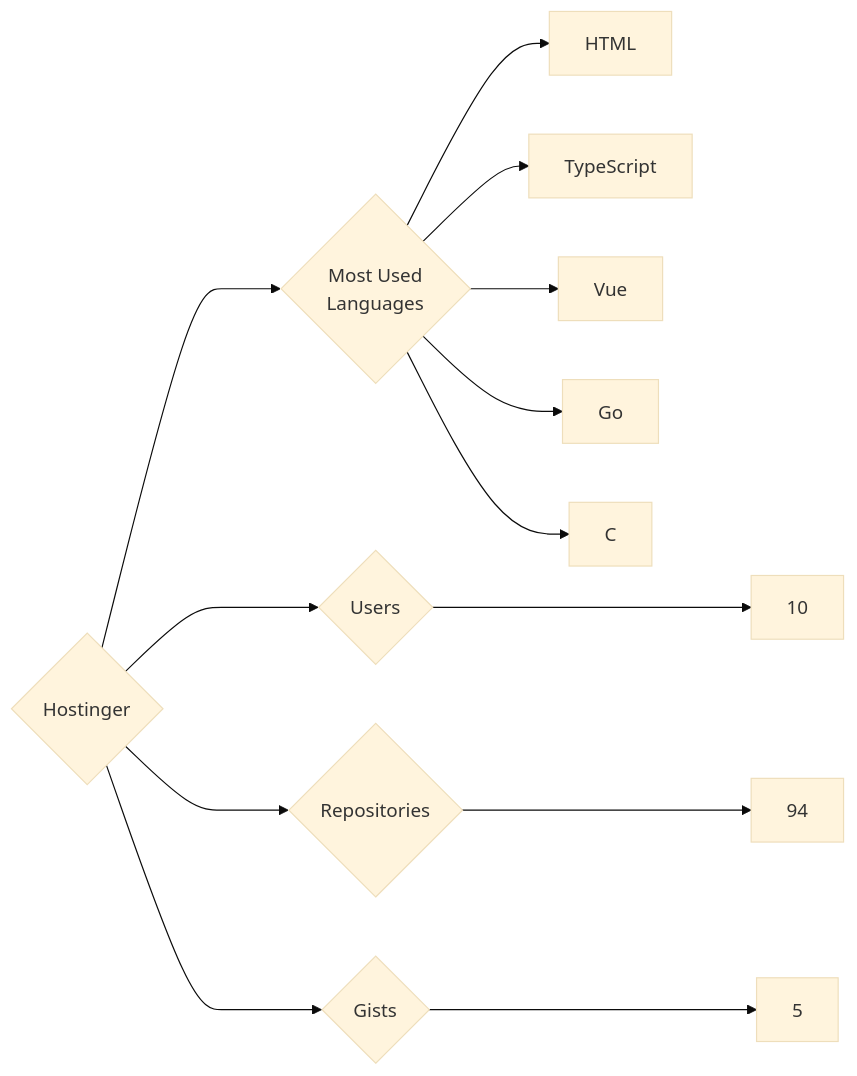
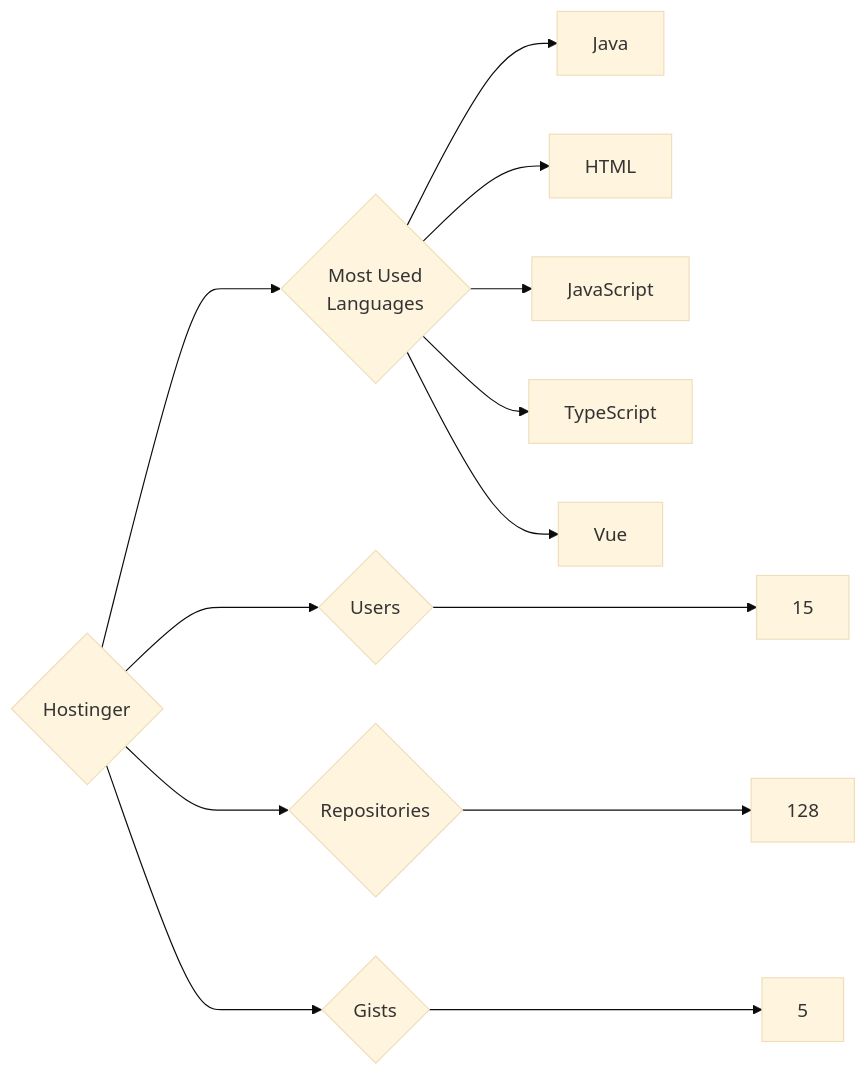
One commit to trickest/insiders changed the diagram in targets/Hostinger/README.md. Above: the diagram before and after it, drawn with Mermaid (base theme). The commit also changed 1238 other files, not shown here.

````diff
--- a/targets/Hostinger/README.md
+++ b/targets/Hostinger/README.md
@@ -3,13 +3,13 @@
 ```mermaid
 graph LR
 COMPANY_NAME{Hostinger}
-COMPANY_NAME ---> U{Users} ---> UN[10]
-COMPANY_NAME ---> R{Repositories} ---> RN[94]
+COMPANY_NAME ---> U{Users} ---> UN[15]
+COMPANY_NAME ---> R{Repositories} ---> RN[128]
 COMPANY_NAME ---> G{Gists} ---> GN[5]
 COMPANY_NAME ---> ML{Most Used<br>Languages}
+ML --> Java[Java]
 ML --> HTML[HTML]
+ML --> JavaScript[JavaScript]
 ML --> TypeScript[TypeScript]
 ML --> Vue[Vue]
-ML --> Go[Go]
-ML --> C[C]
 ```
````
